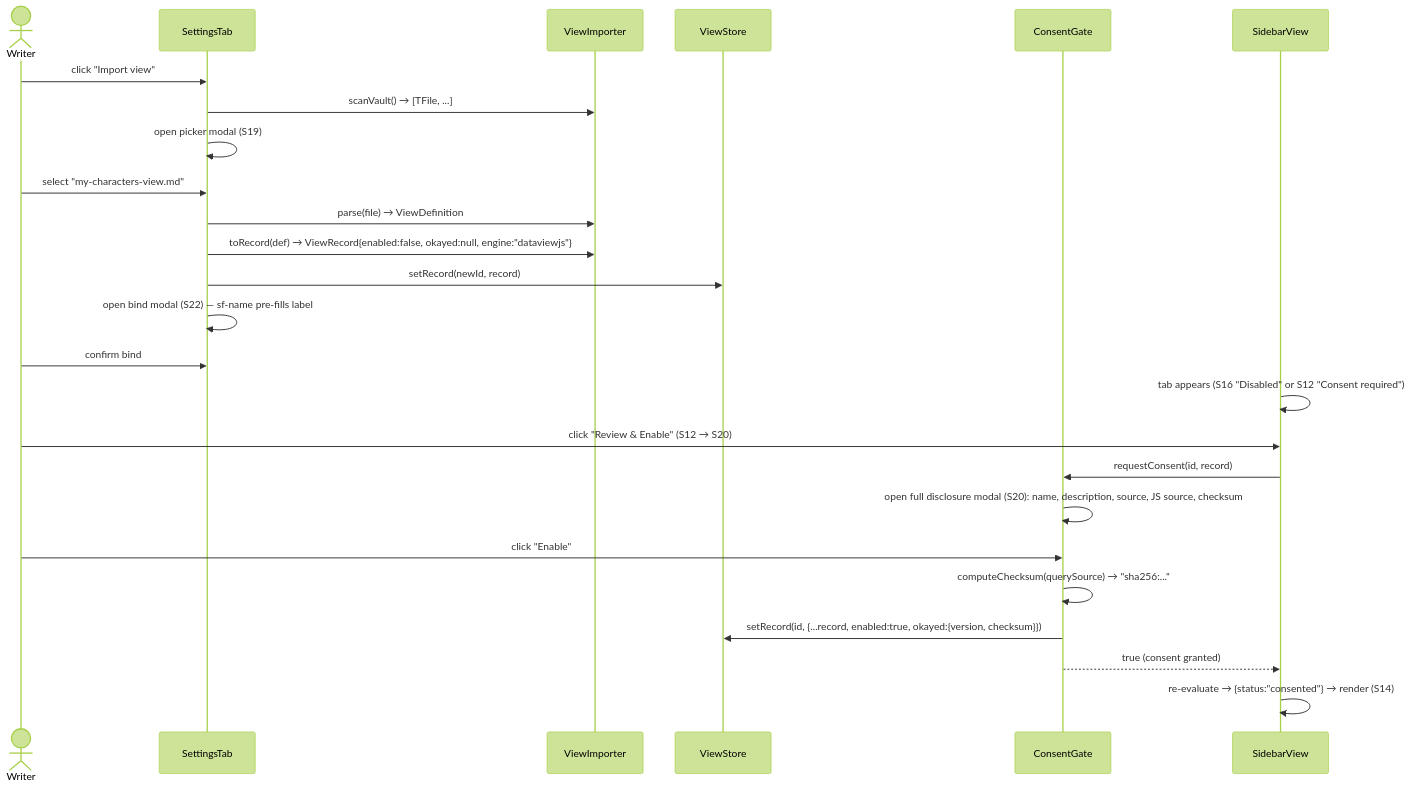
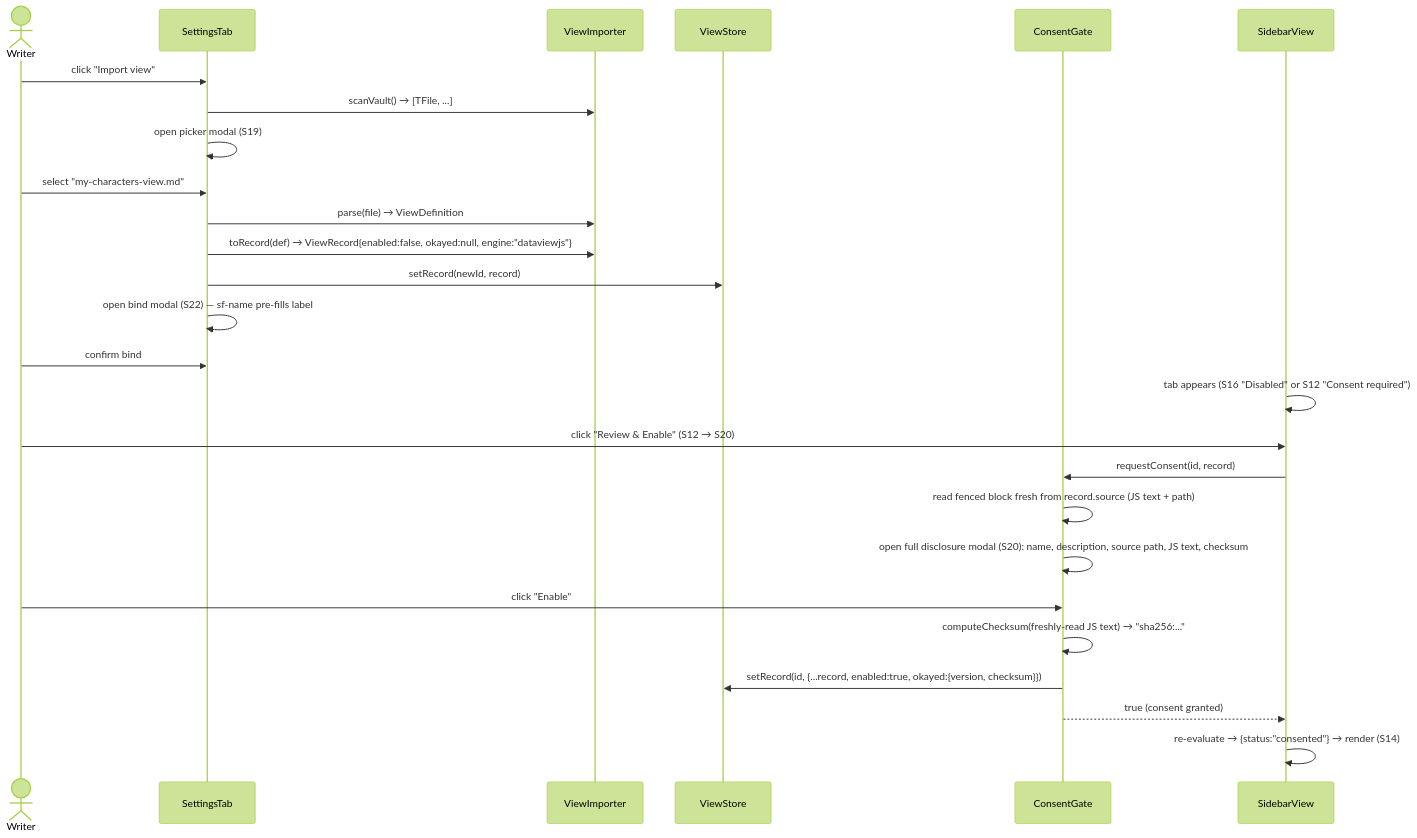
The fifth of 7 diagrams in docs/XDD/specs/002-query-engine-dataview/solution.md (MMoMM-org/obsidian-story-forge), drawn with Mermaid (forest theme) before and after one commit. The commit also changed other lines of this file, not shown here.

First line of the commit message:
docs(spec): M2 SDD — clarify source/query read + native fallback

````diff
--- a/docs/XDD/specs/002-query-engine-dataview/solution.md
+++ b/docs/XDD/specs/002-query-engine-dataview/solution.md
@@ -790,28 +847,29 @@
 ```mermaid
 sequenceDiagram
     actor Writer
     participant ST as SettingsTab
     participant VI as ViewImporter
     participant VS as ViewStore
     participant CG as ConsentGate
     participant SV as SidebarView
 
     Writer->>ST: click "Import view"
     ST->>VI: scanVault() → [TFile, ...]
     ST->>ST: open picker modal (S19)
     Writer->>ST: select "my-characters-view.md"
     ST->>VI: parse(file) → ViewDefinition
     ST->>VI: toRecord(def) → ViewRecord{enabled:false, okayed:null, engine:"dataviewjs"}
     ST->>VS: setRecord(newId, record)
     ST->>ST: open bind modal (S22) — sf-name pre-fills label
     Writer->>ST: confirm bind
     SV->>SV: tab appears (S16 "Disabled" or S12 "Consent required")
     Writer->>SV: click "Review & Enable" (S12 → S20)
     SV->>CG: requestConsent(id, record)
-    CG->>CG: open full disclosure modal (S20): name, description, source, JS source, checksum
+    CG->>CG: read fenced block fresh from record.source (JS text + path)
+    CG->>CG: open full disclosure modal (S20): name, description, source path, JS text, checksum
     Writer->>CG: click "Enable"
-    CG->>CG: computeChecksum(querySource) → "sha256:..."
+    CG->>CG: computeChecksum(freshly-read JS text) → "sha256:..."
     CG->>VS: setRecord(id, {...record, enabled:true, okayed:{version, checksum}})
     CG-->>SV: true (consent granted)
     SV->>SV: re-evaluate → {status:"consented"} → render (S14)
 ```
````
